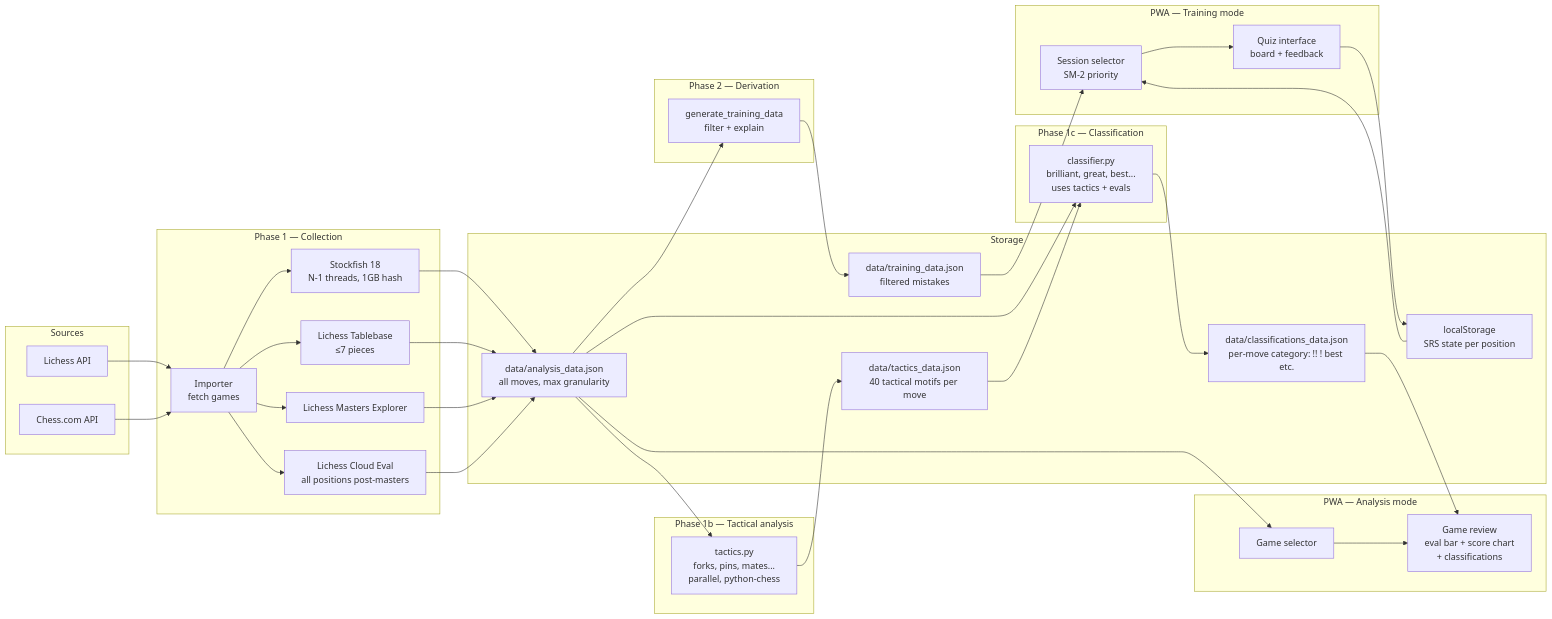
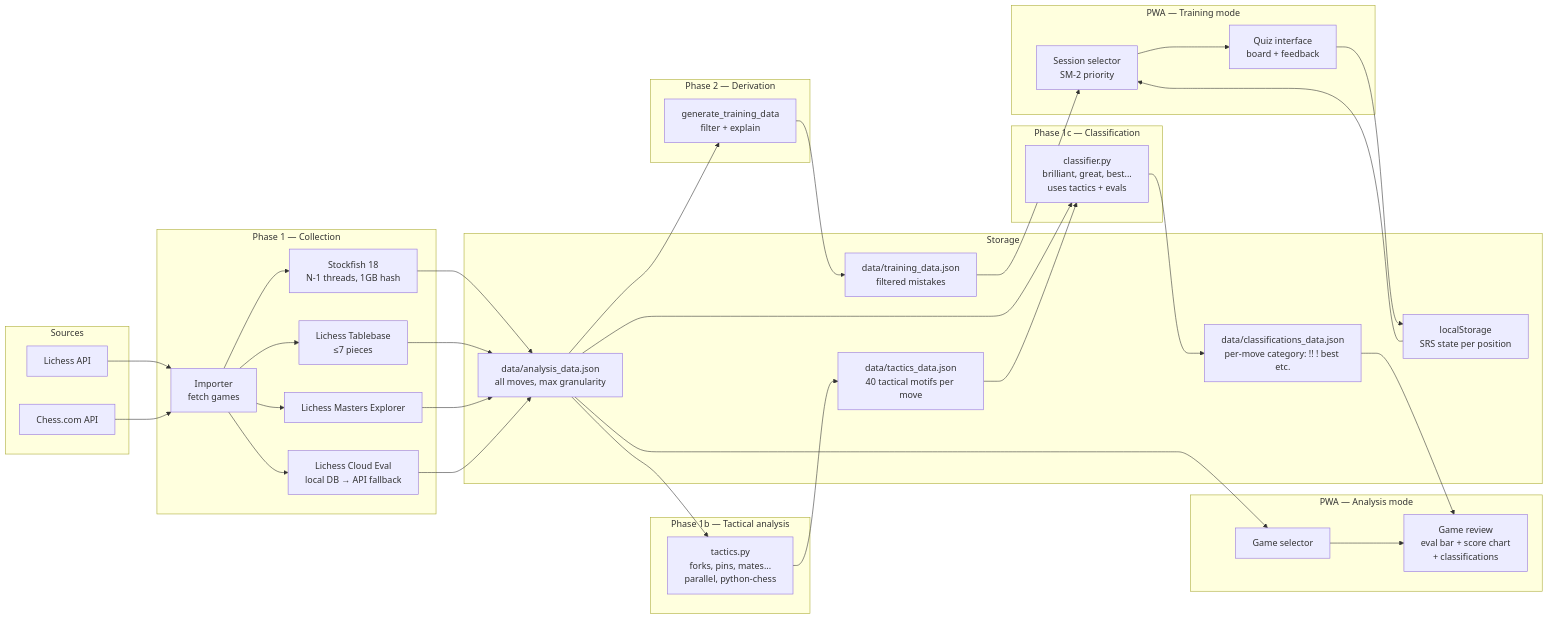
The first of 2 diagrams in docs/flows/data-flows.md (Bobain/chess-self-coach), drawn with Mermaid before and after one commit. The commit also changed 2 other files, not shown here.

Commit message:
Update docs for cloud-eval subcommand and setup step
- cli.md: add cloud-eval download|status section
- setup.md: add step 3 (cloud eval DB) to setup wizard
- data-flows.md: update Cloud Eval node to show local DB → API fallback

````diff
--- a/docs/flows/data-flows.md
+++ b/docs/flows/data-flows.md
@@ -11,70 +11,70 @@
 ```mermaid
 flowchart LR
     subgraph Sources
         LI[Lichess API]
         CC[Chess.com API]
     end
 
     subgraph "Phase 1 — Collection"
         IMP[Importer<br/>fetch games]
         SF[Stockfish 18<br/>N-1 threads, 1GB hash]
         TB[Lichess Tablebase<br/>≤7 pieces]
         OE[Lichess Masters Explorer]
-        CE[Lichess Cloud Eval<br/>all positions post-masters]
+        CE[Lichess Cloud Eval<br/>local DB → API fallback]
     end
 
     subgraph Storage
         AD[data/analysis_data.json<br/>all moves, max granularity]
         TAC[data/tactics_data.json<br/>40 tactical motifs per move]
         CLS[data/classifications_data.json<br/>per-move category: !! ! best etc.]
         TD[data/training_data.json<br/>filtered mistakes]
         LS[localStorage<br/>SRS state per position]
     end
 
     subgraph "Phase 1b — Tactical analysis"
         TACT[tactics.py<br/>forks, pins, mates...<br/>parallel, python-chess]
     end
 
     subgraph "Phase 1c — Classification"
         CLASS[classifier.py<br/>brilliant, great, best...<br/>uses tactics + evals]
     end
 
     subgraph "Phase 2 — Derivation"
         DER[generate_training_data<br/>filter + explain]
     end
 
     subgraph "PWA — Training mode"
         SEL[Session selector<br/>SM-2 priority]
         QUIZ[Quiz interface<br/>board + feedback]
     end
 
     subgraph "PWA — Analysis mode"
         GSEL[Game selector]
         REV[Game review<br/>eval bar + score chart<br/>+ classifications]
     end
 
     LI --> IMP
     CC --> IMP
     IMP --> SF
     IMP --> TB
     IMP --> OE
     IMP --> CE
     SF --> AD
     TB --> AD
     OE --> AD
     CE --> AD
     AD --> TACT
     TACT --> TAC
     AD --> CLASS
     TAC --> CLASS
     CLASS --> CLS
     AD --> DER
     DER --> TD
     TD --> SEL
     LS --> SEL
     SEL --> QUIZ
     QUIZ --> LS
     AD --> GSEL
     CLS --> REV
     GSEL --> REV
 ```
````
